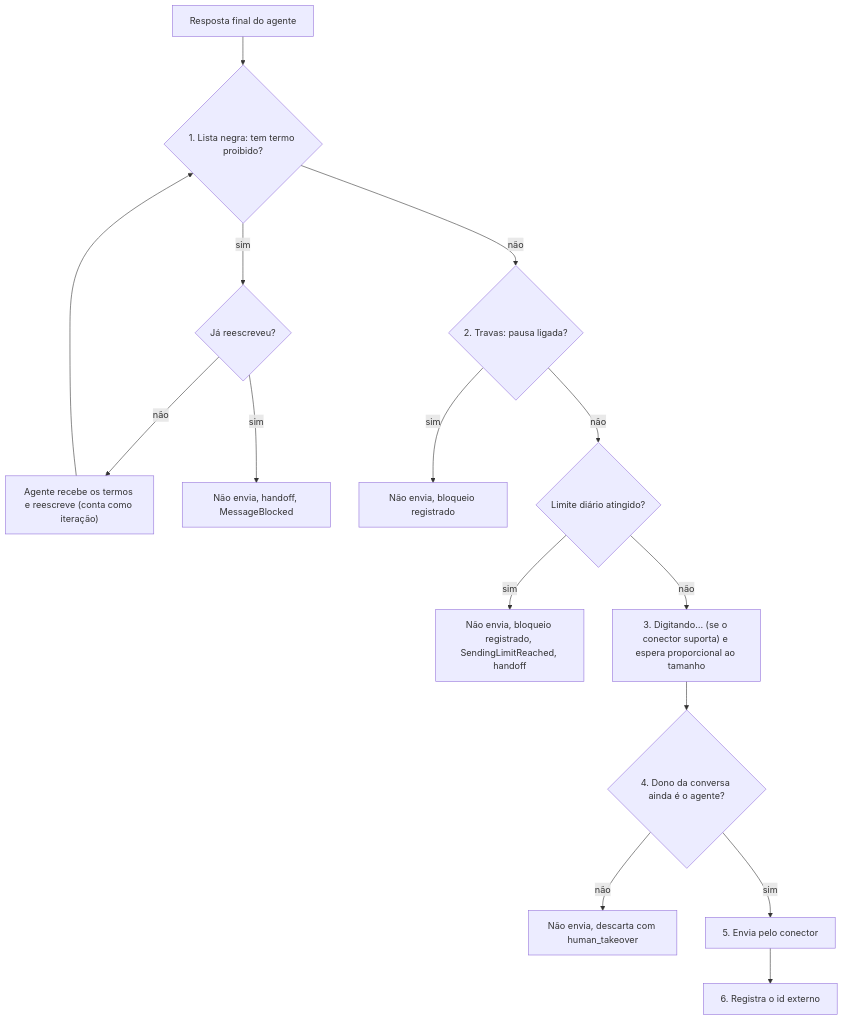
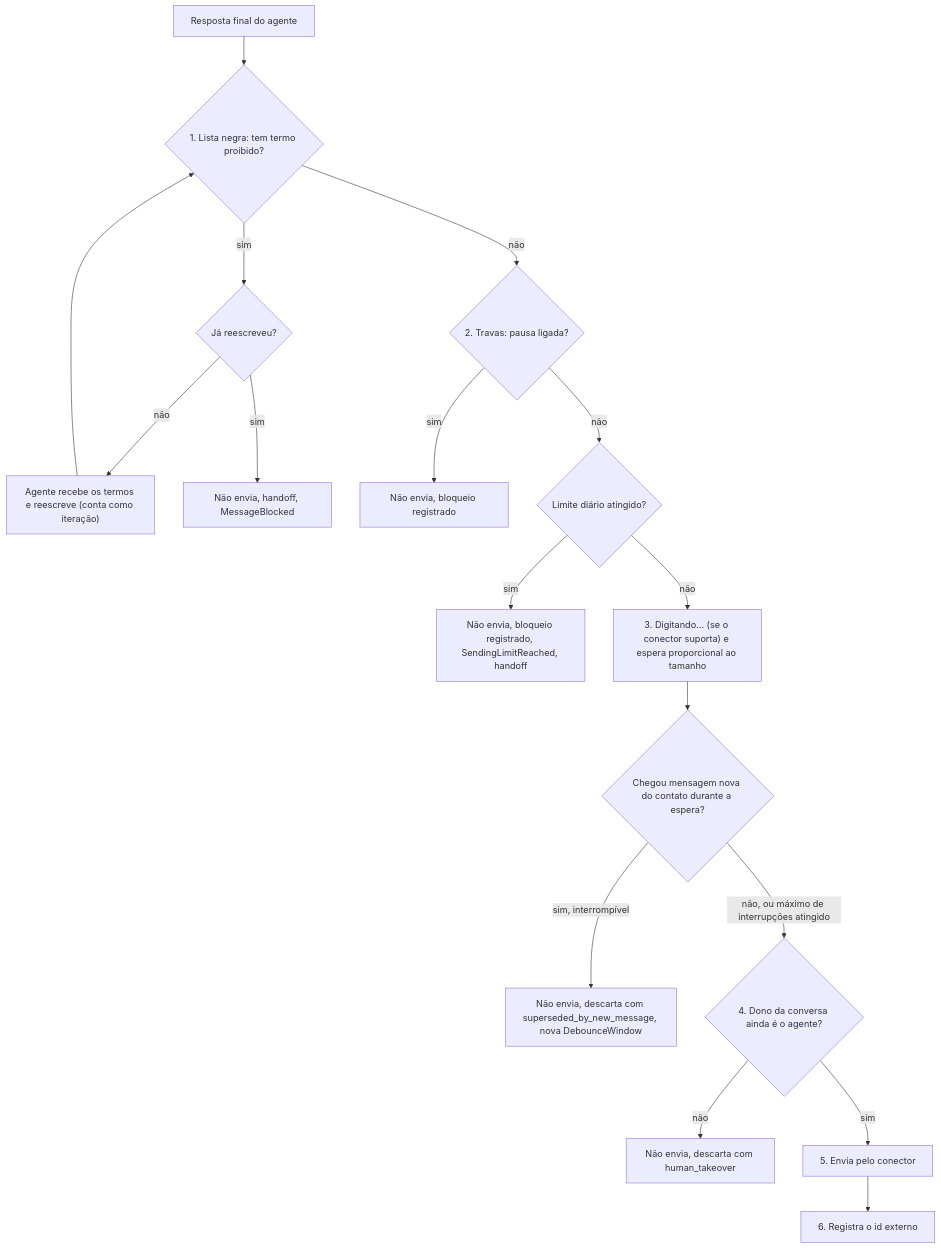
One commit to Casmei/agent-desk changed the diagram in documents/processes/reply-delivery.md. Above: the diagram before and after it, drawn with Mermaid. The commit also changed other lines of this file and 2 other files, not shown here.

Commit message:
docs: fix process flow gaps

````diff
--- a/documents/processes/reply-delivery.md
+++ b/documents/processes/reply-delivery.md
@@ -28,17 +28,19 @@
 ```mermaid
 flowchart TD
     A["Resposta final do agente"] --> B{"1. Lista negra: tem termo proibido?"}
     B -- sim --> C{"Já reescreveu?"}
     C -- não --> D["Agente recebe os termos e reescreve (conta como iteração)"]
     D --> B
     C -- sim --> E["Não envia, handoff, MessageBlocked"]
     B -- não --> F{"2. Travas: pausa ligada?"}
     F -- sim --> G["Não envia, bloqueio registrado"]
     F -- não --> H{"Limite diário atingido?"}
     H -- sim --> I["Não envia, bloqueio registrado, SendingLimitReached, handoff"]
     H -- não --> J["3. Digitando… (se o conector suporta) e espera proporcional ao tamanho"]
-    J --> K{"4. Dono da conversa ainda é o agente?"}
+    J --> J2{"Chegou mensagem nova do contato durante a espera?"}
+    J2 -- sim, interrompível --> J3["Não envia, descarta com superseded_by_new_message, nova DebounceWindow"]
+    J2 -- não, ou máximo de interrupções atingido --> K{"4. Dono da conversa ainda é o agente?"}
     K -- não --> L["Não envia, descarta com human_takeover"]
     K -- sim --> M["5. Envia pelo conector"]
     M --> N["6. Registra o id externo"]
 ```
````
